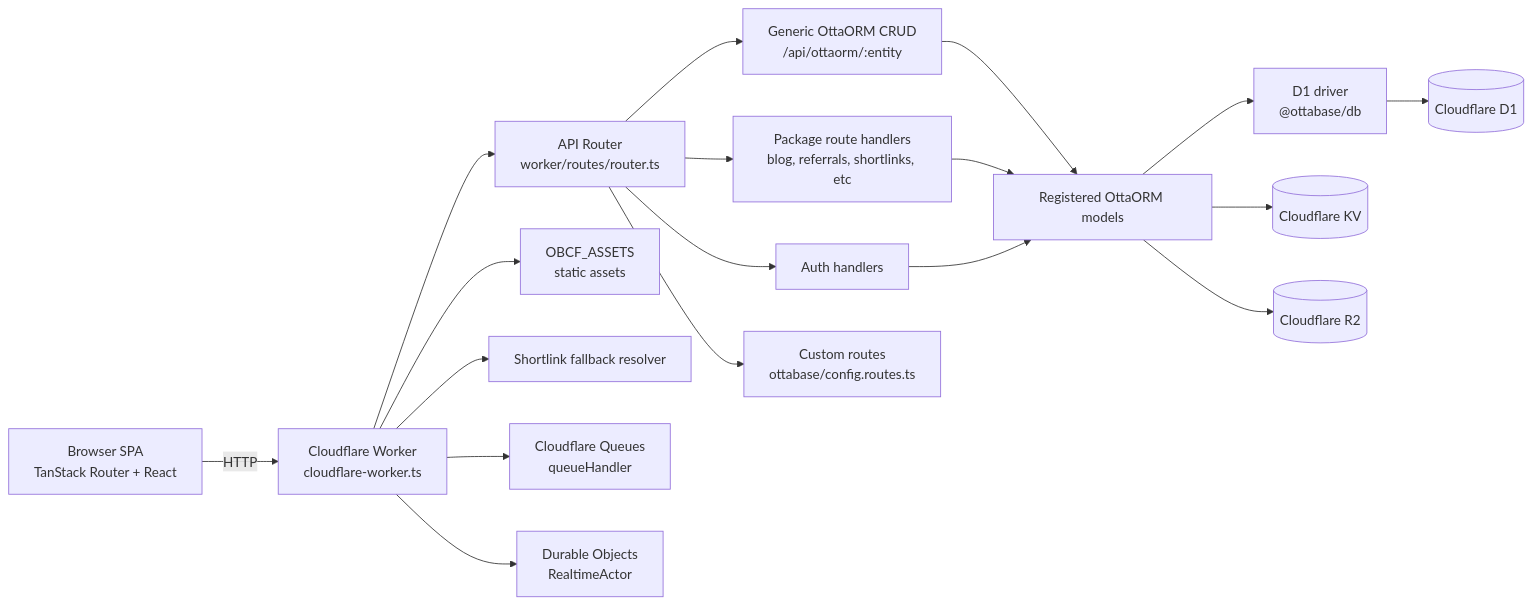
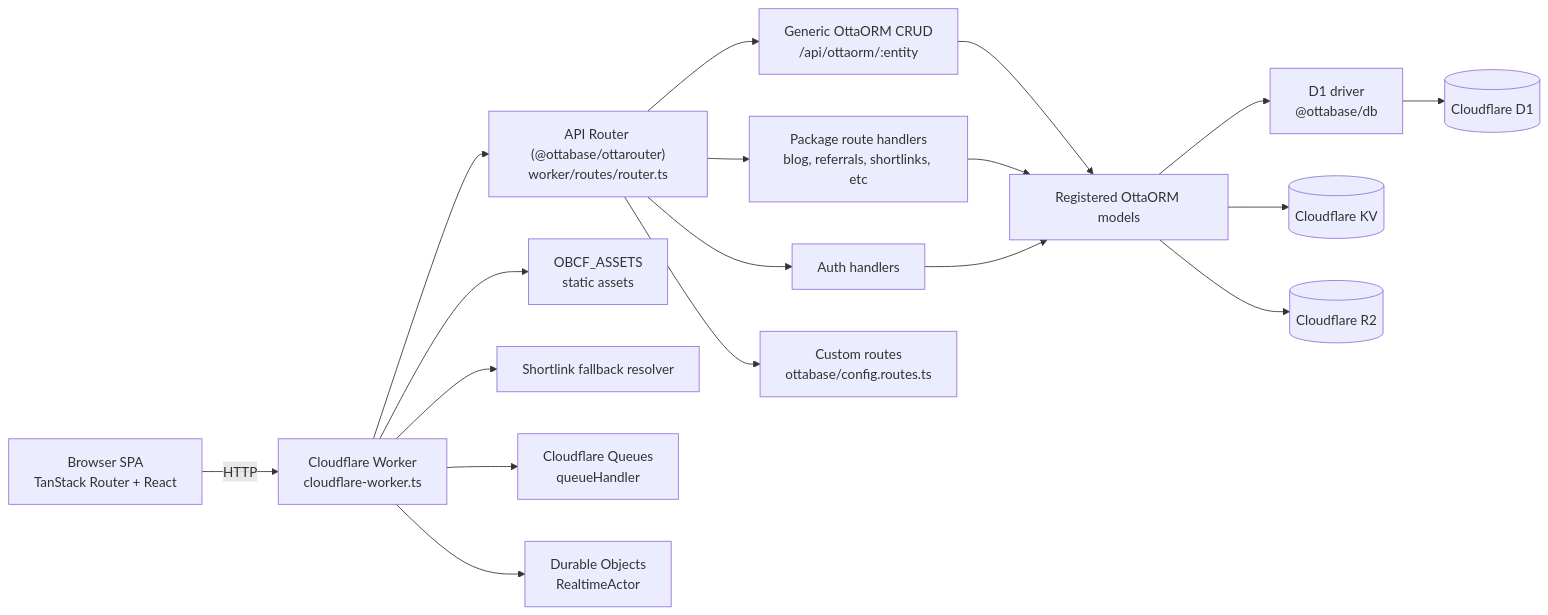
The third of 13 diagrams in ARCHITECTURE.md (thinkdj/ottabase), drawn with Mermaid before and after one commit. The commit also changed other lines of this file and 20 other files, not shown here.

First line of the commit message:
Add @ottabase/ottarouter and migrate otta-web routing onto it

````diff
--- a/ARCHITECTURE.md
+++ b/ARCHITECTURE.md
@@ -120,26 +121,26 @@
 ```mermaid
 flowchart LR
     Browser["Browser SPA<br/>TanStack Router + React"] -->|HTTP| Worker["Cloudflare Worker<br/>cloudflare-worker.ts"]
 
-    Worker --> Router["API Router<br/>worker/routes/router.ts"]
+    Worker --> Router["API Router (@ottabase/ottarouter)<br/>worker/routes/router.ts"]
     Worker --> Assets["OBCF_ASSETS<br/>static assets"]
     Worker --> ShortlinkFallback[Shortlink fallback resolver]
 
     Router --> Auth[Auth handlers]
     Router --> CRUD["Generic OttaORM CRUD<br/>/api/ottaorm/:entity"]
     Router --> PackageRoutes["Package route handlers<br/>blog, referrals, shortlinks, etc"]
     Router --> CustomRoutes["Custom routes<br/>ottabase/config.routes.ts"]
 
     Worker --> Queue["Cloudflare Queues<br/>queueHandler"]
     Worker --> DO["Durable Objects<br/>RealtimeActor"]
 
     CRUD --> Models[Registered OttaORM models]
     PackageRoutes --> Models
     Auth --> Models
 
     Models --> Driver["D1 driver<br/>@ottabase/db"]
     Driver --> D1[(Cloudflare D1)]
 
     Models --> KV[(Cloudflare KV)]
     Models --> R2[(Cloudflare R2)]
 ```
````
